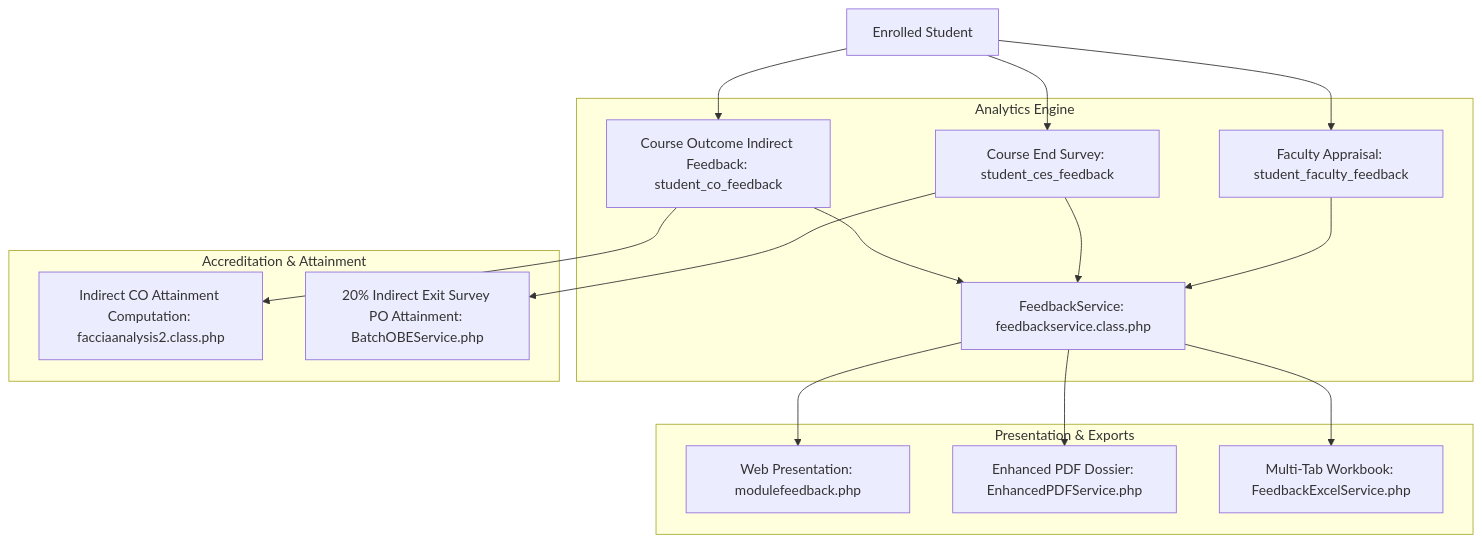
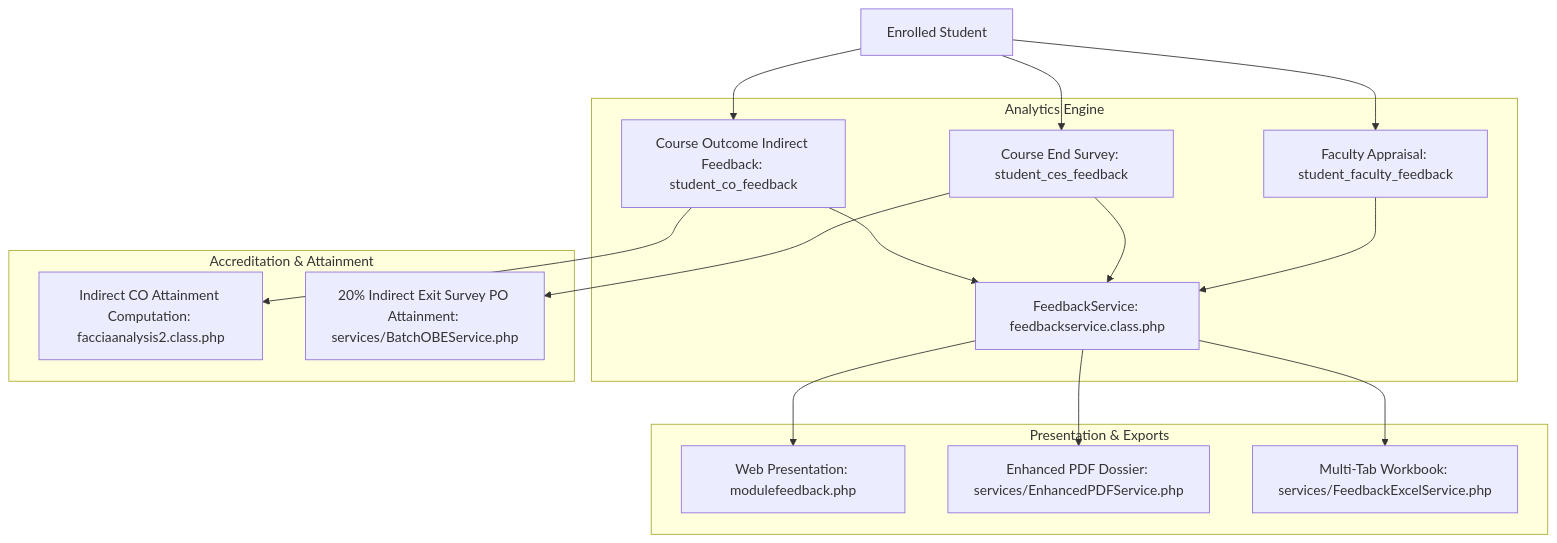
One commit to katamanilprojects/sarb changed the diagram in docs/workflows/feedback-surveys.md. Above: the diagram before and after it, drawn with Mermaid. The commit also changed other lines of this file and 125 other files, not shown here.

````diff
--- a/docs/workflows/feedback-surveys.md
+++ b/docs/workflows/feedback-surveys.md
@@ -11,21 +11,21 @@
 ```mermaid
 graph TD
     Student[Enrolled Student] --> COFB[Course Outcome Indirect Feedback: student_co_feedback]
     Student --> CESFB[Course End Survey: student_ces_feedback]
     Student --> FACFB[Faculty Appraisal: student_faculty_feedback]
 
     subgraph Analytics Engine
         COFB & CESFB & FACFB --> Service[FeedbackService: feedbackservice.class.php]
     end
 
     subgraph Presentation & Exports
         Service --> Web[Web Presentation: modulefeedback.php]
-        Service --> PDF[Enhanced PDF Dossier: EnhancedPDFService.php]
-        Service --> Excel[Multi-Tab Workbook: FeedbackExcelService.php]
+        Service --> PDF[Enhanced PDF Dossier: services/EnhancedPDFService.php]
+        Service --> Excel[Multi-Tab Workbook: services/FeedbackExcelService.php]
     end
 
     subgraph Accreditation & Attainment
         COFB --> IndirectAttainment[Indirect CO Attainment Computation: facciaanalysis2.class.php]
-        CESFB --> IndirectPO[20% Indirect Exit Survey PO Attainment: BatchOBEService.php]
+        CESFB --> IndirectPO[20% Indirect Exit Survey PO Attainment: services/BatchOBEService.php]
     end
 ```
````
